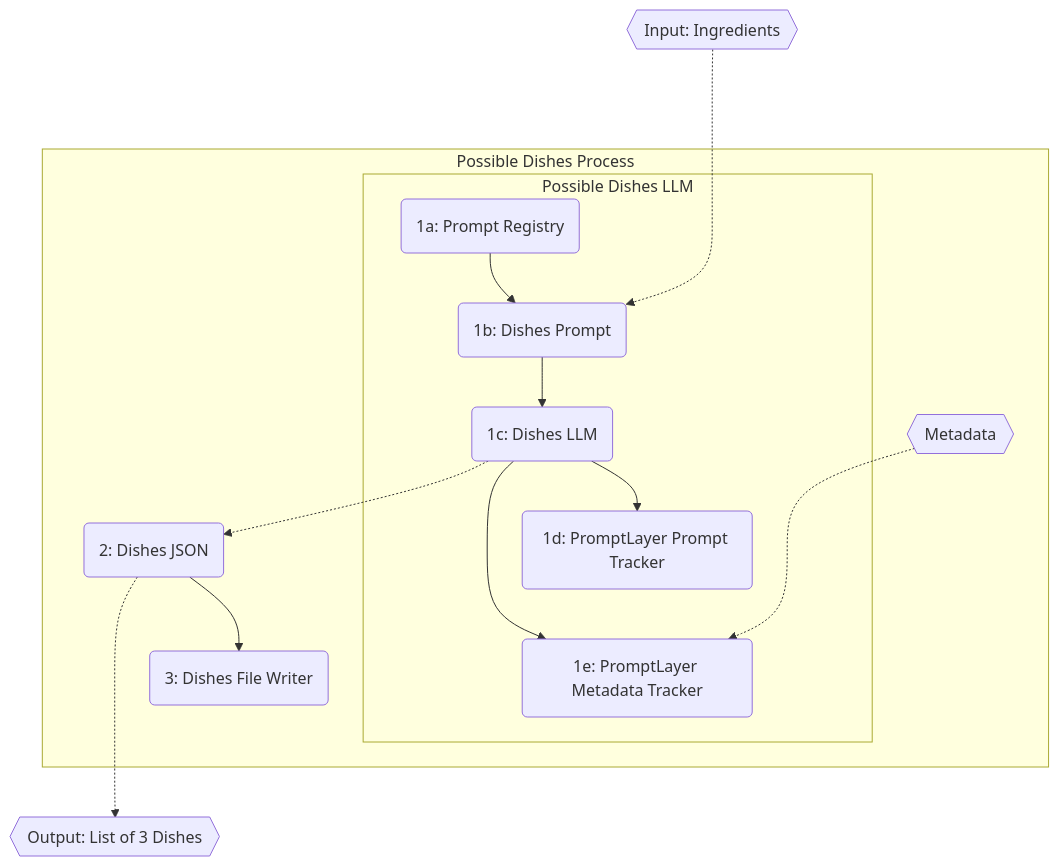
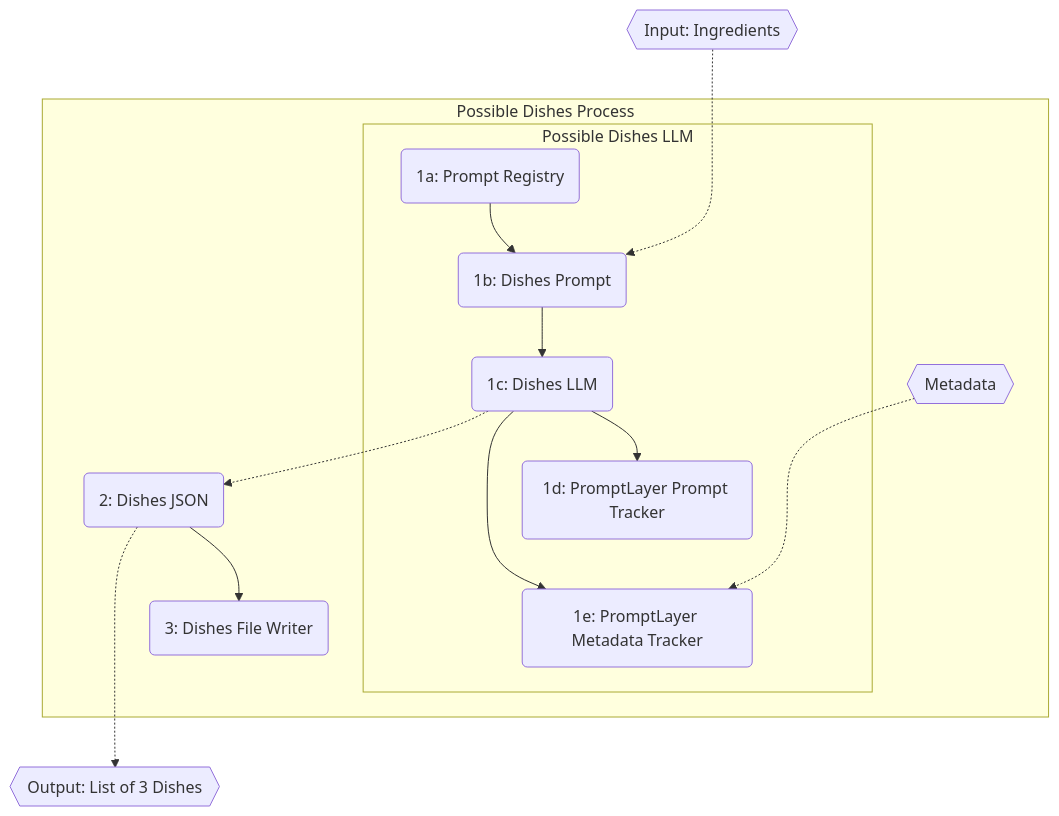
The second of 2 diagrams in README.md (Ledgestone/AIToolkit), drawn with Mermaid before and after one commit.

Commit message:
Fix minor flowchart spacing issue

````diff
--- a/README.md
+++ b/README.md
@@ -157,18 +157,18 @@
 ```mermaid
 flowchart TD
-    B{{Input: Ingredients}} -...-> C
+    B{{Input: Ingredients}} -..-> C
     subgraph Possible Dishes Process
     G{{Metadata}} -..-> F
 
     subgraph Possible Dishes LLM
     A(1a: Prompt Registry) --> C(1b: Dishes Prompt)
     C --> D(1c: Dishes LLM)
     D --> E(1d: PromptLayer Prompt Tracker)
     D ---> F(1e: PromptLayer Metadata Tracker)
     end
 
     D -.-> Y(2: Dishes JSON)
     Y --> X(3: Dishes File Writer)
     end
     Y -..-> Z{{Output: List of 3 Dishes}}
 ```
````
